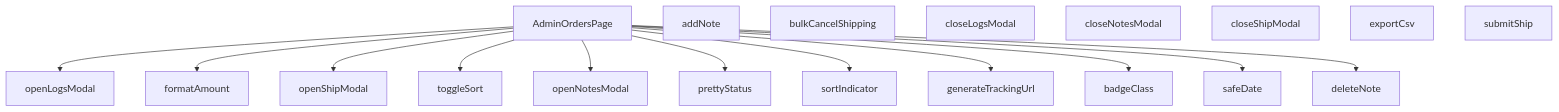
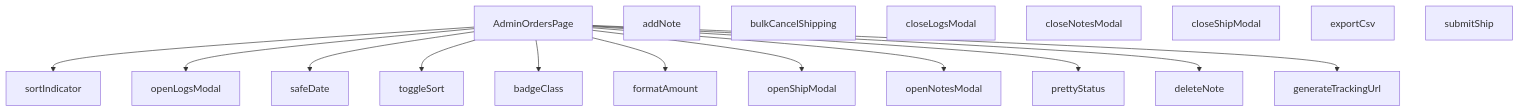
The diagram in src/views/admin/AdminOrdersPage.md (peckop/venthub-hvac-esite), drawn with Mermaid before and after one commit. The commit also changed other lines of this file and 80 other files, not shown here.

````diff
--- a/src/views/admin/AdminOrdersPage.md
+++ b/src/views/admin/AdminOrdersPage.md
@@ -430,33 +430,33 @@
 ```mermaid
 graph TD
     AdminOrdersPage_tsx__AdminOrdersPage["AdminOrdersPage"]
     AdminOrdersPage_tsx__addNote["addNote"]
     AdminOrdersPage_tsx__badgeClass["badgeClass"]
     AdminOrdersPage_tsx__bulkCancelShipping["bulkCancelShipping"]
     AdminOrdersPage_tsx__closeLogsModal["closeLogsModal"]
     AdminOrdersPage_tsx__closeNotesModal["closeNotesModal"]
     AdminOrdersPage_tsx__closeShipModal["closeShipModal"]
     AdminOrdersPage_tsx__deleteNote["deleteNote"]
     AdminOrdersPage_tsx__exportCsv["exportCsv"]
     AdminOrdersPage_tsx__formatAmount["formatAmount"]
     AdminOrdersPage_tsx__generateTrackingUrl["generateTrackingUrl"]
     AdminOrdersPage_tsx__openLogsModal["openLogsModal"]
     AdminOrdersPage_tsx__openNotesModal["openNotesModal"]
     AdminOrdersPage_tsx__openShipModal["openShipModal"]
     AdminOrdersPage_tsx__prettyStatus["prettyStatus"]
     AdminOrdersPage_tsx__safeDate["safeDate"]
     AdminOrdersPage_tsx__sortIndicator["sortIndicator"]
     AdminOrdersPage_tsx__submitShip["submitShip"]
     AdminOrdersPage_tsx__toggleSort["toggleSort"]
+    AdminOrdersPage_tsx__AdminOrdersPage --> AdminOrdersPage_tsx__sortIndicator
     AdminOrdersPage_tsx__AdminOrdersPage --> AdminOrdersPage_tsx__openLogsModal
+    AdminOrdersPage_tsx__AdminOrdersPage --> AdminOrdersPage_tsx__safeDate
+    AdminOrdersPage_tsx__AdminOrdersPage --> AdminOrdersPage_tsx__toggleSort
+    AdminOrdersPage_tsx__AdminOrdersPage --> AdminOrdersPage_tsx__badgeClass
     AdminOrdersPage_tsx__AdminOrdersPage --> AdminOrdersPage_tsx__formatAmount
     AdminOrdersPage_tsx__AdminOrdersPage --> AdminOrdersPage_tsx__openShipModal
-    AdminOrdersPage_tsx__AdminOrdersPage --> AdminOrdersPage_tsx__toggleSort
     AdminOrdersPage_tsx__AdminOrdersPage --> AdminOrdersPage_tsx__openNotesModal
     AdminOrdersPage_tsx__AdminOrdersPage --> AdminOrdersPage_tsx__prettyStatus
-    AdminOrdersPage_tsx__AdminOrdersPage --> AdminOrdersPage_tsx__sortIndicator
+    AdminOrdersPage_tsx__AdminOrdersPage --> AdminOrdersPage_tsx__deleteNote
     AdminOrdersPage_tsx__AdminOrdersPage --> AdminOrdersPage_tsx__generateTrackingUrl
-    AdminOrdersPage_tsx__AdminOrdersPage --> AdminOrdersPage_tsx__badgeClass
-    AdminOrdersPage_tsx__AdminOrdersPage --> AdminOrdersPage_tsx__safeDate
-    AdminOrdersPage_tsx__AdminOrdersPage --> AdminOrdersPage_tsx__deleteNote
 ```
````
